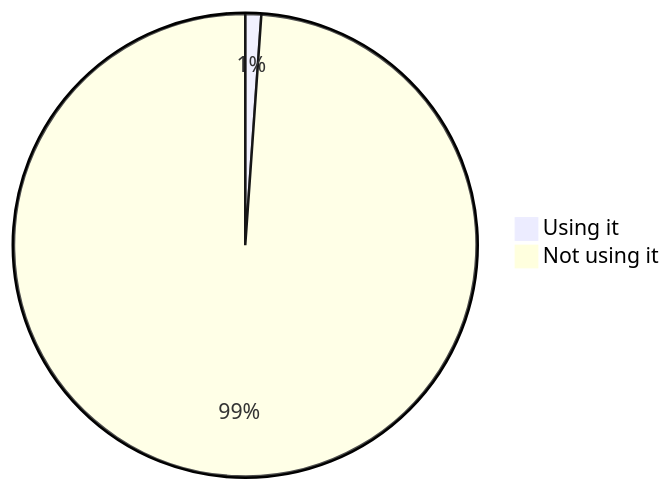
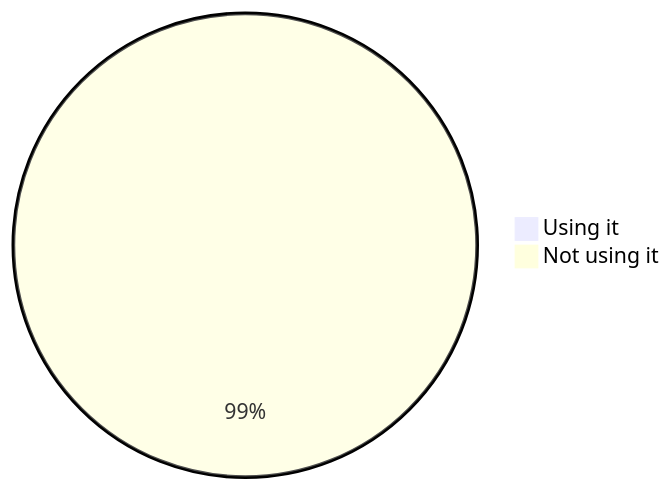
The fifth of 22 diagrams in stats.md (oshp/oshp-stats), drawn with Mermaid before and after one commit. The commit also changed other lines of this file, not shown here.

````diff
--- a/stats.md
+++ b/stats.md
@@ -58,6 +58,6 @@
 ```mermaid
 pie
-	"Using it" : 1.11
-	"Not using it" : 98.89
+	"Using it" : 0.92
+	"Not using it" : 99.08
 
 ```
````
